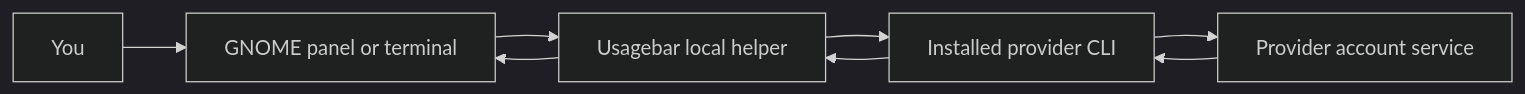
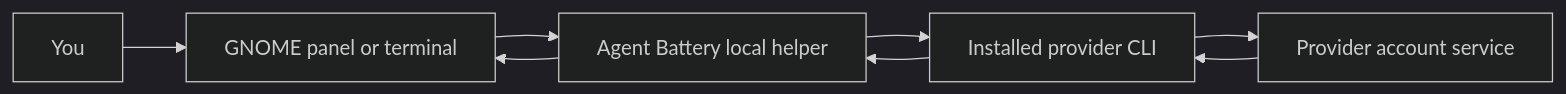
The diagram in README.md (pafloxy/agent-battery), drawn with Mermaid (dark theme) before and after one commit. The commit also changed other lines of this file and 15 other files, not shown here.

Commit message:
0809261545 Rename product to Agent Battery

````diff
--- a/README.md
+++ b/README.md
@@ -18,8 +18,8 @@
 ```mermaid
 flowchart LR
     U[You] --> I[GNOME panel or terminal]
-    I --> H[Usagebar local helper]
+    I --> H[Agent Battery local helper]
     H --> C[Installed provider CLI]
     C --> S[Provider account service]
     S --> C --> H --> I
 ```
````
